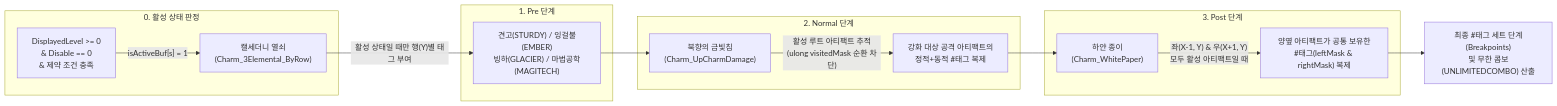
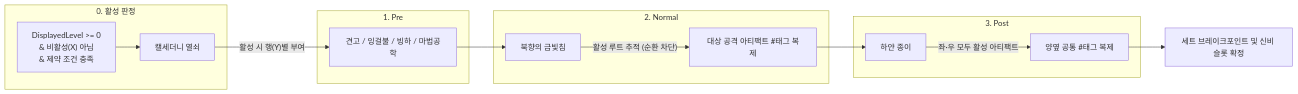
The first of 2 diagrams in README.md (lij0825/SephiriaOptimizer), drawn with Mermaid before and after one commit. The commit also changed other lines of this file, not shown here.

````diff
--- a/README.md
+++ b/README.md
@@ -176,18 +117,18 @@
 ```mermaid
 flowchart LR
-    subgraph Step0["0. 활성 상태 판정"]
-        S0["DisplayedLevel >= 0\n& Disable == 0\n& 제약 조건 충족"] -->|"isActiveBuf[s] = 1"| A
+    subgraph Step0["0. 활성 판정"]
+        S0["DisplayedLevel >= 0\n& 비활성(X) 아님\n& 제약 조건 충족"] --> A
     end
-    subgraph Step1["1. Pre 단계"]
-        A["캘세더니 열쇠\n(Charm_3Elemental_ByRow)"] -->|"활성 상태일 때만 행(Y)별 태그 부여"| B["견고(STURDY) / 잉걸불(EMBER)\n빙하(GLACIER) / 마법공학(MAGITECH)"]
+    subgraph Step1["1. Pre"]
+        A["캘세더니 열쇠"] -->|"활성 시 행(Y)별 부여"| B["견고 / 잉걸불 / 빙하 / 마법공학"]
     end
-    subgraph Step2["2. Normal 단계"]
-        C["북향의 금빛침\n(Charm_UpCharmDamage)"] -->|"활성 루트 아티팩트 추적\n(ulong visitedMask 순환 차단)"| D["강화 대상 공격 아티팩트의\n정적+동적 #태그 복제"]
+    subgraph Step2["2. Normal"]
+        C["북향의 금빛침"] -->|"활성 루트 추적 (순환 차단)"| D["대상 공격 아티팩트 #태그 복제"]
     end
-    subgraph Step3["3. Post 단계"]
-        E["하얀 종이\n(Charm_WhitePaper)"] -->|"좌(X-1, Y) & 우(X+1, Y)\n모두 활성 아티팩트일 때"| F["양옆 아티팩트가 공통 보유한\n#태그(leftMask & rightMask) 복제"]
+    subgraph Step3["3. Post"]
+        E["하얀 종이"] -->|"좌·우 모두 활성 아티팩트"| F["양옆 공통 #태그 복제"]
     end
     B --> C
     D --> E
-    F --> G["최종 #태그 세트 단계(Breakpoints)\n및 무한 콤보(UNLIMITEDCOMBO) 산출"]
+    F --> G["세트 브레이크포인트 및 신비 슬롯 확정"]
 ```
````
